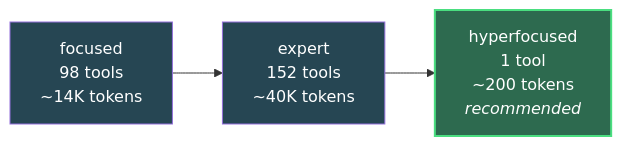
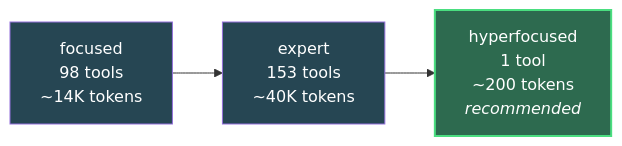
One commit to SkvallKu/vibing-steampunk changed the third of 3 diagrams in README.md. Above: the diagram before and after it, drawn with Mermaid. The commit also changed other lines of this file and 16 other files, not shown here.

````diff
--- a/README.md
+++ b/README.md
@@ -2386,8 +2386,8 @@
 ```mermaid
 graph LR
-    F["focused<br/>98 tools<br/>~14K tokens"] --> E["expert<br/>152 tools<br/>~40K tokens"]
+    F["focused<br/>98 tools<br/>~14K tokens"] --> E["expert<br/>153 tools<br/>~40K tokens"]
     E --> H["hyperfocused<br/>1 tool<br/>~200 tokens<br/><i>recommended</i>"]
     style H fill:#2d6a4f,color:#fff,stroke:#4ade80,stroke-width:2px
     style F fill:#264653,color:#fff
     style E fill:#264653,color:#fff
 ```
````
